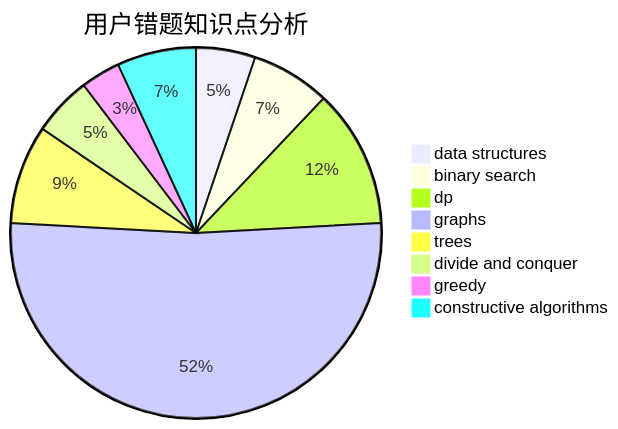
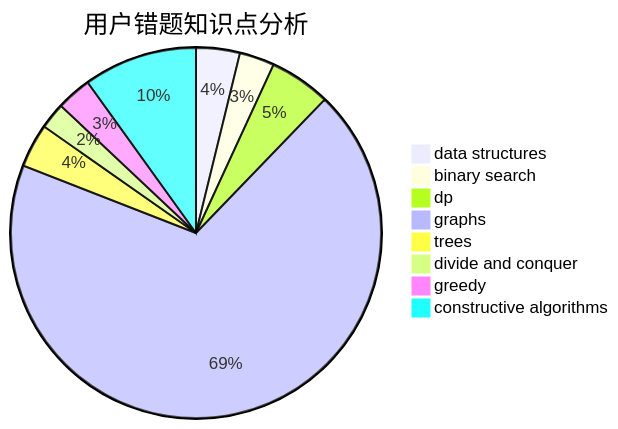
Before and after one commit to sherpahu/cfrs.github.io: the third of 3 diagrams in docs/user/u390.md, drawn with Mermaid. The commit also changed other lines of this file and 2770 other files, not shown here.

````diff
--- a/docs/user/u390.md
+++ b/docs/user/u390.md
@@ -36,11 +36,11 @@
 ```mermaid
 pie title 用户错题知识点分析
-    "data structures" :  3
+    "data structures" :  5
     "binary search" :  4
     "dp" :  7
-    "graphs" :  30
+    "graphs" :  90
     "trees" :  5
     "divide and conquer" :  3
-    "greedy" :  2
-    "constructive algorithms" :  4
+    "greedy" :  4
+    "constructive algorithms" :  13
 ```
````
